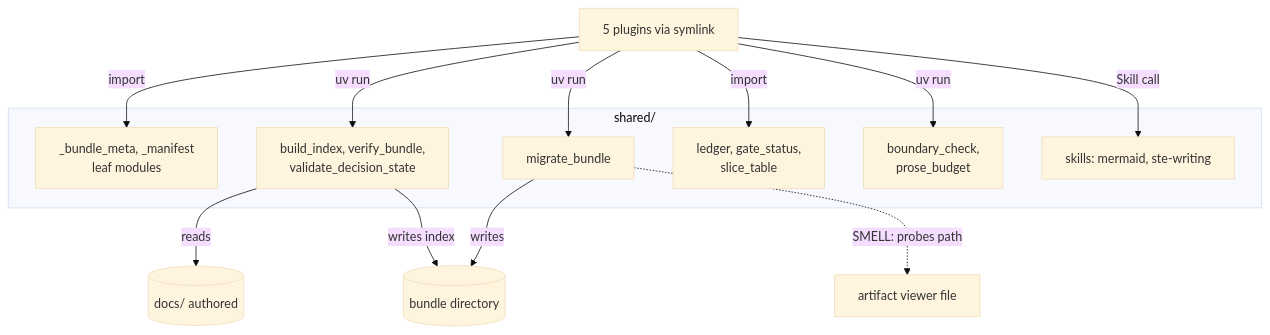
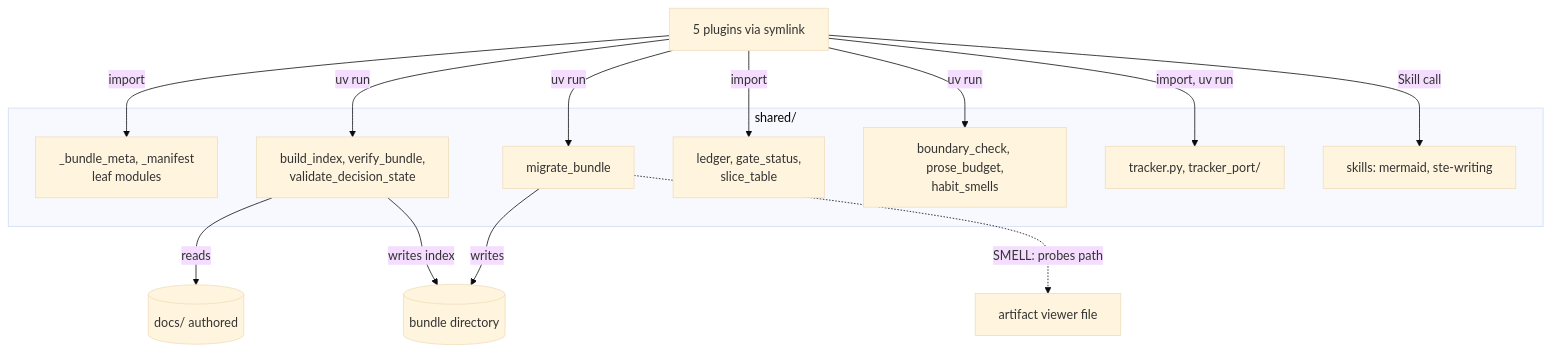
One commit to bjornslib/cobuilder-plugin changed the first of 2 diagrams in docs/architecture/contexts/shared/canvas.md. Above: the diagram before and after it, drawn with Mermaid (base theme). The commit also changed other lines of this file and 18 other files, not shown here.

````diff
--- a/docs/architecture/contexts/shared/canvas.md
+++ b/docs/architecture/contexts/shared/canvas.md
@@ -79,26 +82,28 @@
 ```mermaid
 flowchart TB
     subgraph sh["shared/"]
         meta["_bundle_meta, _manifest<br/>leaf modules"]
         idx["build_index, verify_bundle,<br/>validate_decision_state"]
         mig["migrate_bundle"]
         led["ledger, gate_status,<br/>slice_table"]
-        chk["boundary_check,<br/>prose_budget"]
+        chk["boundary_check, prose_budget,<br/>habit_smells"]
+        trk["tracker.py, tracker_port/"]
         skl["skills: mermaid, ste-writing"]
     end
     plugins["5 plugins via symlink"]
     bundle[("bundle directory")]
     docs[("docs/ authored")]
     viewer["artifact viewer file"]
 
     plugins -->|import| meta
     plugins -->|import| led
     plugins -->|uv run| idx
     plugins -->|uv run| mig
     plugins -->|uv run| chk
+    plugins -->|import, uv run| trk
     plugins -->|Skill call| skl
     idx -->|reads| docs
     idx -->|writes index| bundle
     mig -->|writes| bundle
     mig -.->|SMELL: probes path| viewer
 ```
````
